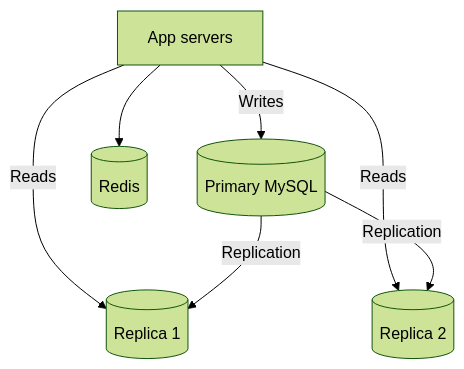
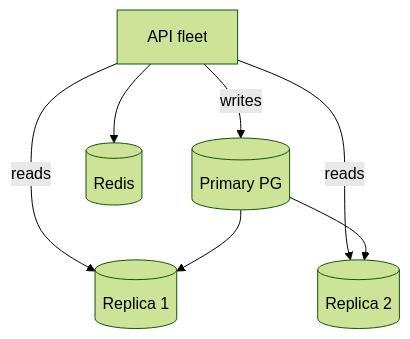
One commit to adnanrahin/adnanrahin.github.io changed the tenth of 11 diagrams in _system_design/scalability.md. Above: the diagram before and after it, drawn with Mermaid (forest theme). The commit also changed other lines of this file and 3 other files, not shown here.

````diff
--- a/_system_design/scalability.md
+++ b/_system_design/scalability.md
@@ -324,10 +299,10 @@
 ```mermaid
 flowchart TB
-    App[App servers]
-    App -->|Writes| Primary[(Primary MySQL)]
-    App -->|Reads| R1[(Replica 1)]
-    App -->|Reads| R2[(Replica 2)]
-    App --> Redis[(Redis)]
-    Primary -->|Replication| R1
-    Primary -->|Replication| R2
+    API[API fleet]
+    API -->|writes| Primary[(Primary PG)]
+    API -->|reads| R1[(Replica 1)]
+    API -->|reads| R2[(Replica 2)]
+    API --> Redis[(Redis)]
+    Primary --> R1
+    Primary --> R2
 ```
````
